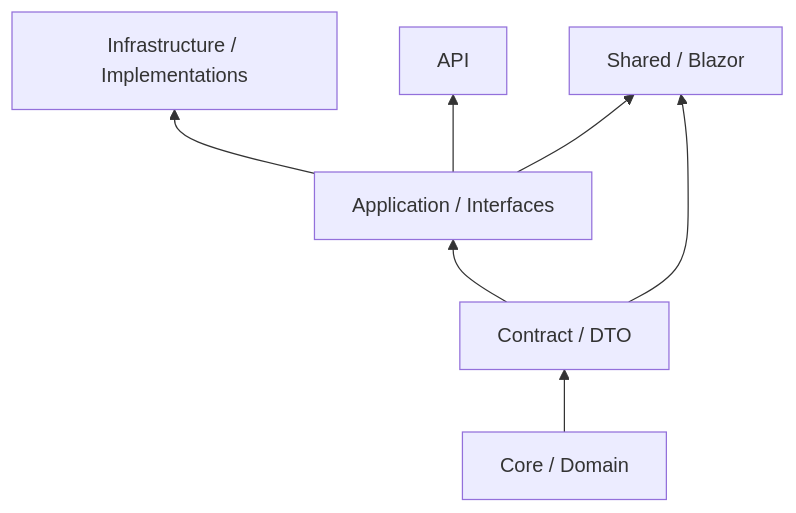
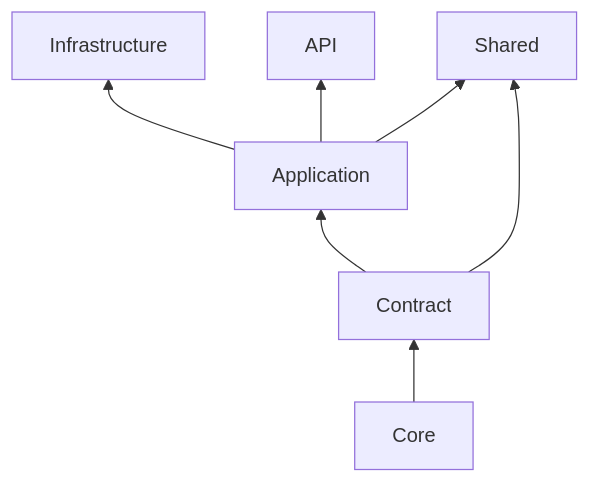
Before and after one commit to Nang0559/Reggister: the fourth of 4 diagrams in MÔ HÌNH/00_INDEX.md, drawn with Mermaid. The commit also changed other lines of this file, not shown here.

Commit message:
docs: add equipment module to architecture index

````diff
--- a/MÔ HÌNH/00_INDEX.md
+++ b/MÔ HÌNH/00_INDEX.md
@@ -109,16 +80,9 @@
 ```mermaid
 flowchart BT
-    CORE[Core / Domain]
-    CONTRACT[Contract / DTO]
-    APP[Application / Interfaces]
-    INFRA[Infrastructure / Implementations]
-    API[API]
-    SHARED[Shared / Blazor]
-
-    CORE --> CONTRACT
-    CONTRACT --> APP
-    APP --> INFRA
-    APP --> API
-    CONTRACT --> SHARED
-    APP --> SHARED
+ CORE[Core] --> CONTRACT[Contract]
+ CONTRACT --> APP[Application]
+ APP --> INFRA[Infrastructure]
+ APP --> API[API]
+ CONTRACT --> SHARED[Shared]
+ APP --> SHARED
 ```
````
